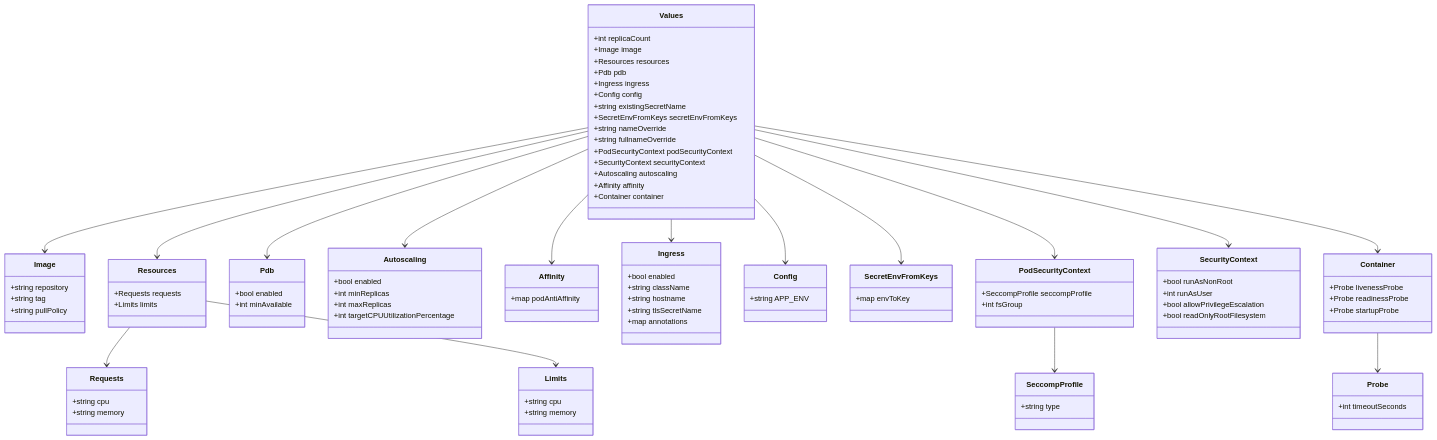
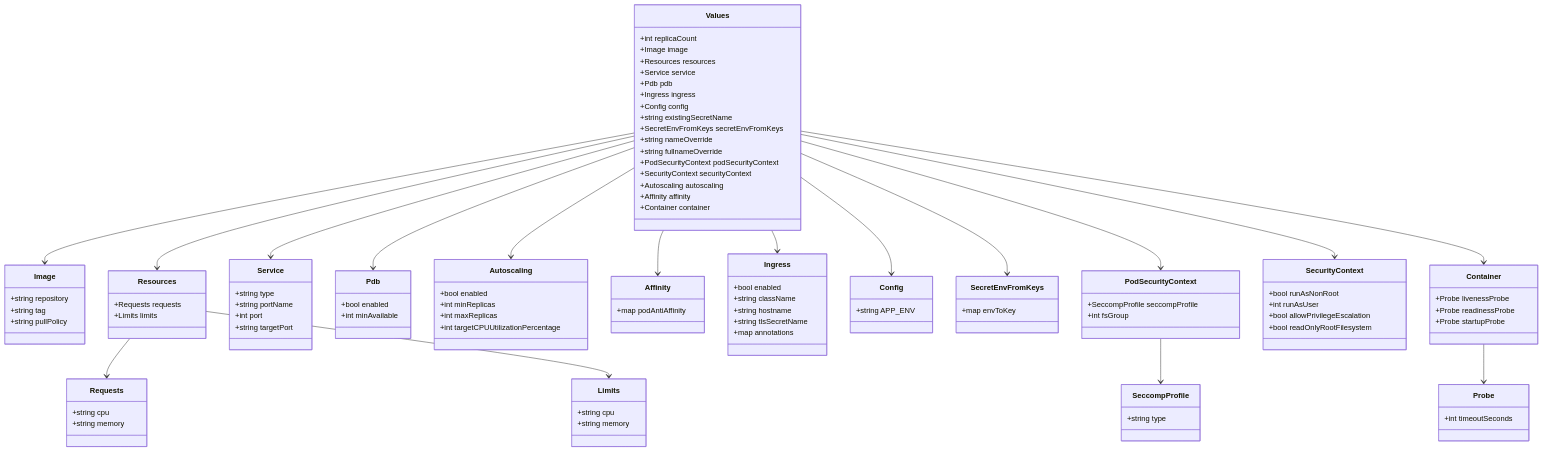
Before and after one commit to leynos/wildside: the second of 4 diagrams in docs/repository-structure.md, drawn with Mermaid. The commit also changed other lines of this file and 5 other files, not shown here.

```diff
--- a/docs/repository-structure.md
+++ b/docs/repository-structure.md
@@ -131,6 +131,7 @@
       +int replicaCount
       +Image image
       +Resources resources
+      +Service service
       +Pdb pdb
       +Ingress ingress
       +Config config
@@ -160,6 +161,12 @@
     class Limits {
       +string cpu
       +string memory
+    }
+    class Service {
+      +string type
+      +string portName
+      +int port
+      +string targetPort
     }
     class Pdb {
       +bool enabled
@@ -212,6 +219,7 @@
     Values --> Resources
     Resources --> Requests
     Resources --> Limits
+    Values --> Service
     Values --> Pdb
     Values --> Ingress
     Values --> Config
```
